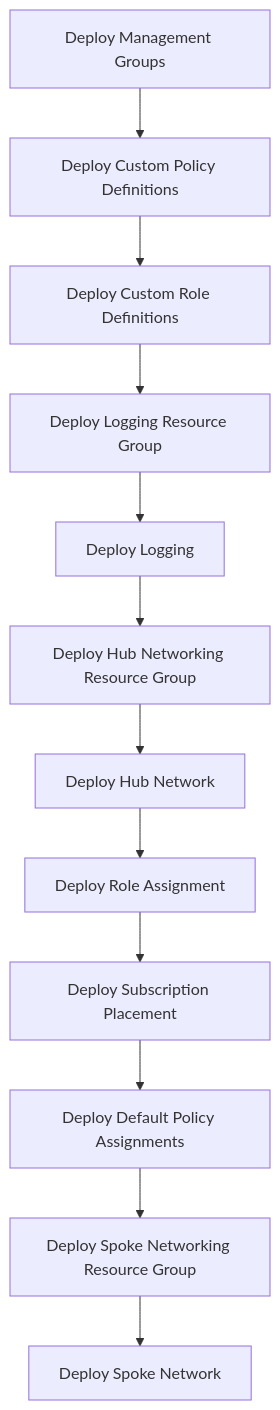
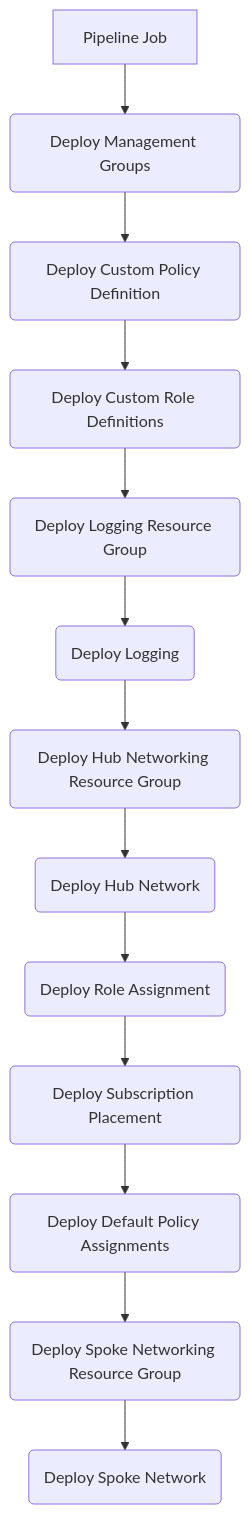
The diagram in docs/wiki/PipelinesOverview.md (Azure/ALZ-Bicep), drawn with Mermaid before and after one commit. The commit also changed other lines of this file, not shown here.

Commit message:
Add pipeline overview edits

````diff
--- a/docs/wiki/PipelinesOverview.md
+++ b/docs/wiki/PipelinesOverview.md
@@ -24,14 +24,15 @@
 ```mermaid
 flowchart TD
-    A[Deploy Management Groups] --> B[Deploy Custom Policy Definitions];
-    B --> C[Deploy Custom Role Definitions];
-    C --> D[Deploy Logging Resource Group];
-    D --> E[Deploy Logging];
-    E --> F[Deploy Hub Networking Resource Group];
-    F --> G[Deploy Hub Network];
-    G --> H[Deploy Role Assignment];
-    H --> I[Deploy Subscription Placement];
-    I --> J[Deploy Default Policy Assignments];
-    J --> K[Deploy Spoke Networking Resource Group];
-    K --> L[Deploy Spoke Network];
+    A[Pipeline Job] --> B(Deploy Management Groups);
+    B --> C(Deploy Custom Policy Definition)
+    C --> D(Deploy Custom Role Definitions);
+    D --> E(Deploy Logging Resource Group);
+    E --> F(Deploy Logging);
+    F --> G(Deploy Hub Networking Resource Group);
+    G --> H(Deploy Hub Network);
+    H --> I(Deploy Role Assignment);
+    I --> J(Deploy Subscription Placement);
+    J --> K(Deploy Default Policy Assignments);
+    K --> L(Deploy Spoke Networking Resource Group);
+    L --> M(Deploy Spoke Network);
 ```
````
